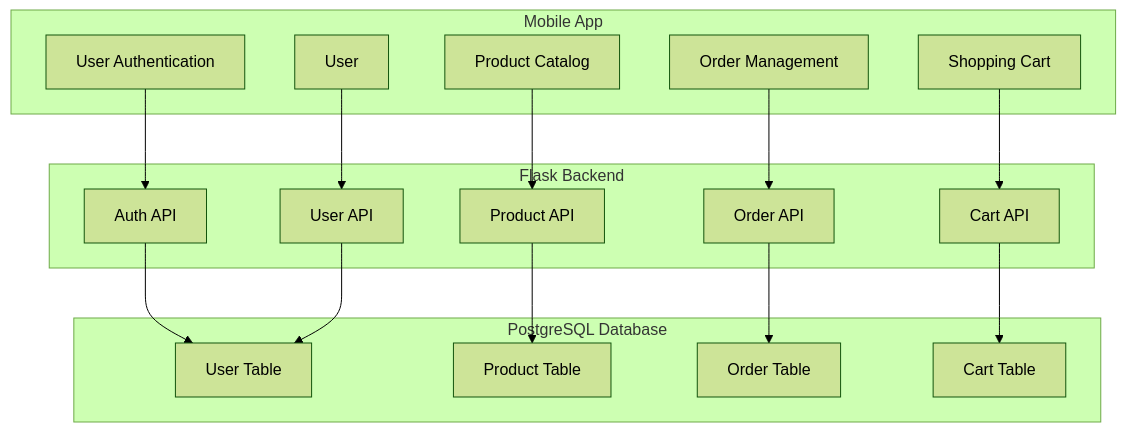
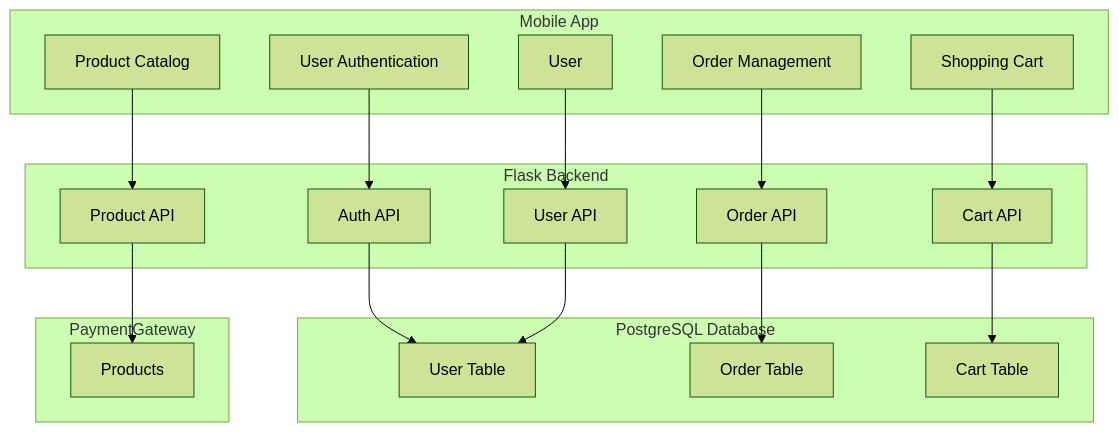
Before and after one commit to mariodujic/Marketplace-BE: the diagram in README.md, drawn with Mermaid (forest theme). The commit also changed 7 other files, not shown here.

````diff
--- a/README.md
+++ b/README.md
@@ -33,37 +33,40 @@
 ```mermaid
 graph TD;
     subgraph Mobile App
         Auth[User Authentication];
         Catalog[Product Catalog];
         Cart[Shopping Cart];
         Order[Order Management];
         User[User];
     end
 
     subgraph Flask Backend
         AuthAPI[Auth API];
         ProductAPI[Product API];
         CartAPI[Cart API];
         OrderAPI[Order API];
         UserAPI[User API];
     end
 
     subgraph PostgreSQL Database
         UserTable[User Table];
-        ProductTable[Product Table];
         OrderTable[Order Table];
         CartTable[Cart Table];
+    end
+
+    subgraph PaymentGateway
+        StripeProducts[Products];
     end
 
     Auth --> AuthAPI
     Catalog --> ProductAPI
     Cart --> CartAPI
     Order --> OrderAPI
     User --> UserAPI
 
     AuthAPI --> UserTable
-    ProductAPI --> ProductTable
+    ProductAPI --> StripeProducts
     CartAPI --> CartTable
     OrderAPI --> OrderTable
     UserAPI --> UserTable
 ```
````
